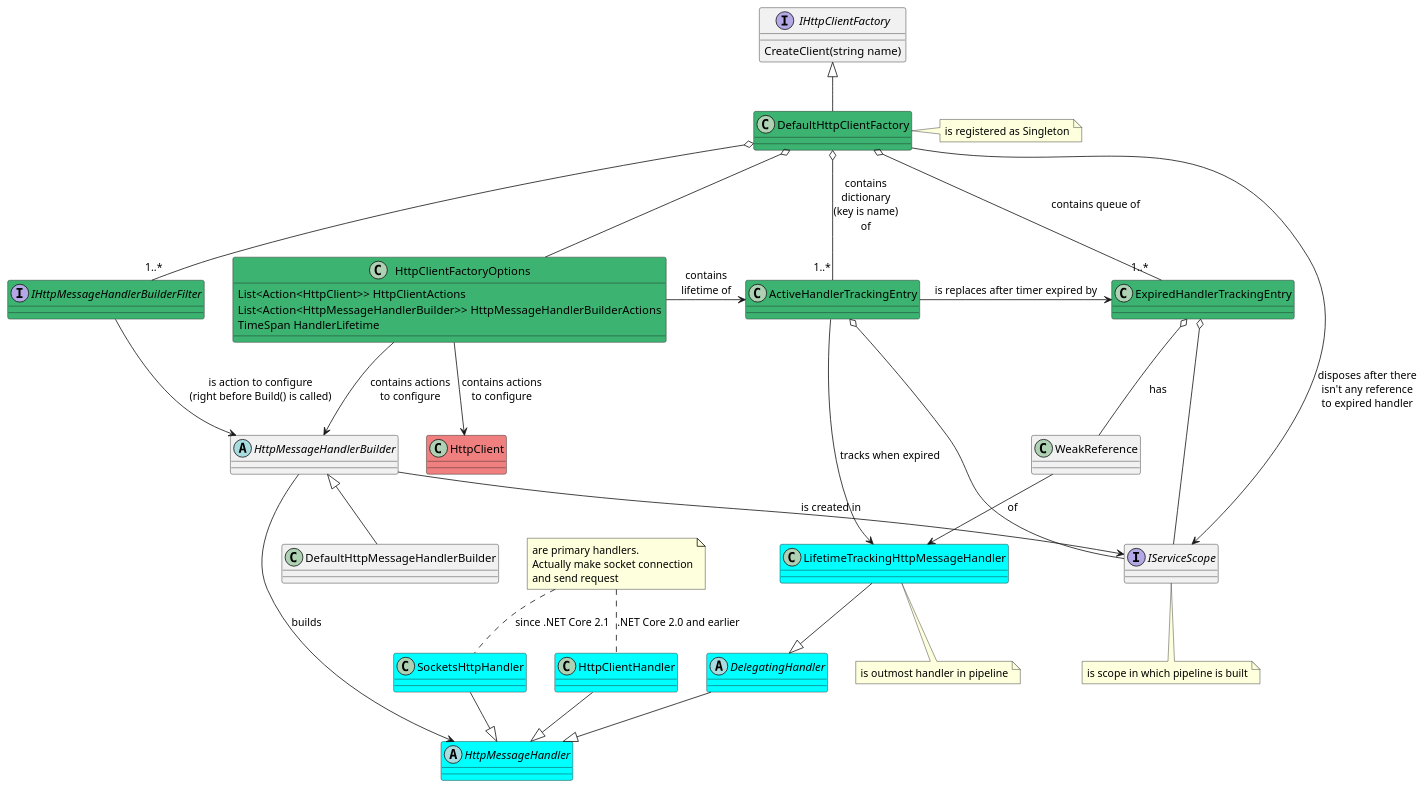
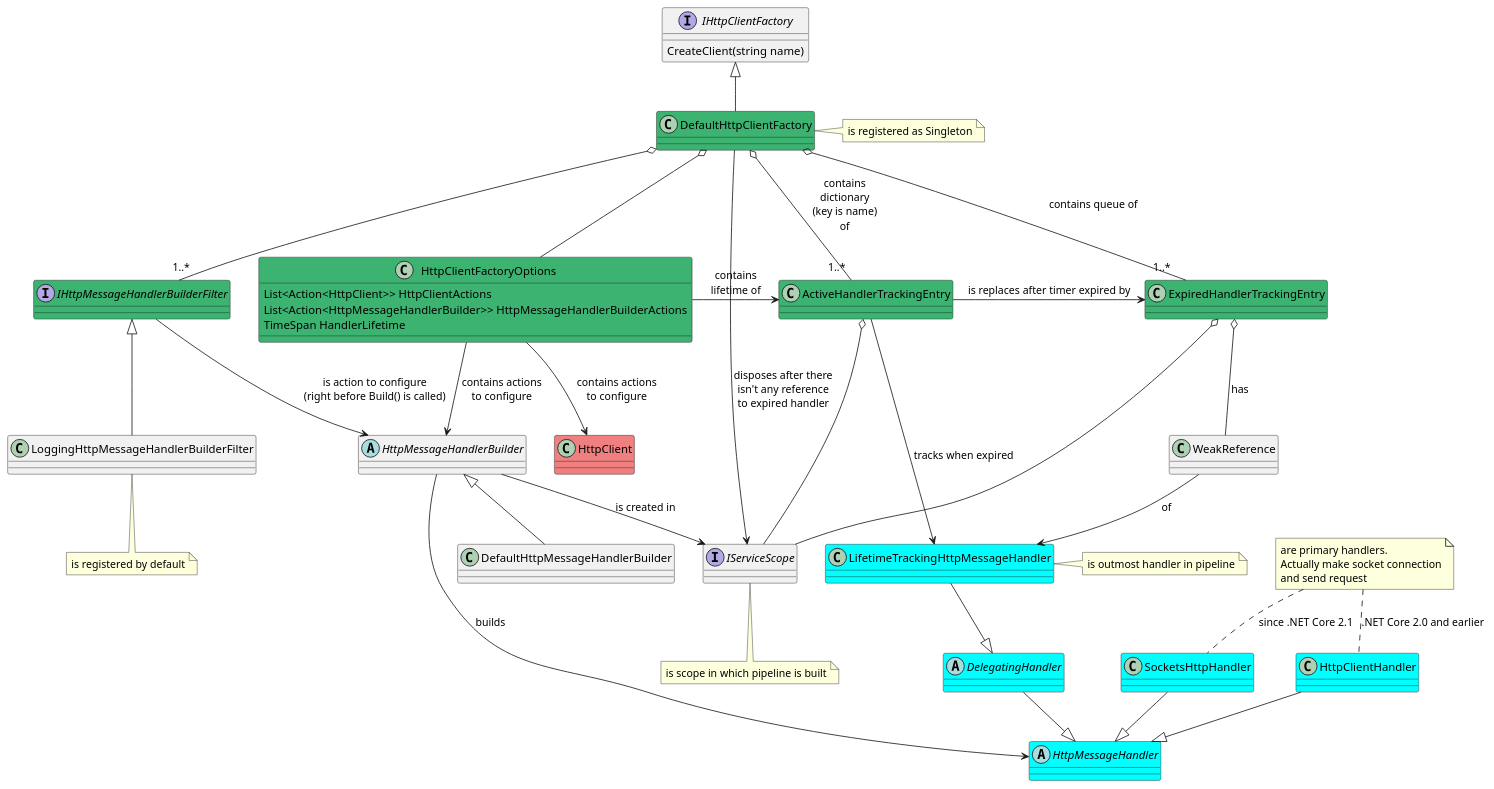
Before and after one commit to AndreiGanichev/Student-Notes: the diagram in HttpClient/HttpClient.puml, drawn with PlantUML.

Commit message:
HttpClient infrastructure. Add LoggingHttpMEssageHandlerBuilderFilter

```diff
--- a/HttpClient/HttpClient.puml
+++ b/HttpClient/HttpClient.puml
@@ -1,69 +1,73 @@
 @startuml
 
 class HttpClient #F08080
 interface IHttpClientFactory {
   CreateClient(string name)
 }
 class DefaultHttpClientFactory #3CB371
 
 abstract HttpMessageHandler #00FFFF
 abstract DelegatingHandler #00FFFF
 class HttpClientHandler #00FFFF
 class SocketsHttpHandler #00FFFF
 class LifetimeTrackingHttpMessageHandler #00FFFF
 
 
 abstract HttpMessageHandlerBuilder
 class DefaultHttpMessageHandlerBuilder
 interface IHttpMessageHandlerBuilderFilter #3CB371
+class LoggingHttpMessageHandlerBuilderFilter
 
 class ActiveHandlerTrackingEntry #3CB371
 class ExpiredHandlerTrackingEntry #3CB371
 class WeakReference
 
 class HttpClientFactoryOptions #3CB371{
   List<Action<HttpClient>> HttpClientActions
   List<Action<HttpMessageHandlerBuilder>> HttpMessageHandlerBuilderActions
   TimeSpan HandlerLifetime
 }
 
 interface IServiceScope
 note bottom of IServiceScope : is scope in which pipeline is built
 
 note right of DefaultHttpClientFactory : is registered as Singleton
 
-note bottom of LifetimeTrackingHttpMessageHandler : is outmost handler in pipeline
+note right of LifetimeTrackingHttpMessageHandler : is outmost handler in pipeline
 note "are primary handlers.\nActually make socket connection\nand send request" as N1
 HttpClientHandler .up. N1 : .NET Core 2.0 and earlier
 N1 .. SocketsHttpHandler : since .NET Core 2.1
+
+note bottom of LoggingHttpMessageHandlerBuilderFilter : is registered by default
 
 DefaultHttpClientFactory -up-|> IHttpClientFactory
 DefaultHttpClientFactory o-- HttpClientFactoryOptions
 DefaultHttpClientFactory o-- "1..*" IHttpMessageHandlerBuilderFilter
 DefaultHttpClientFactory o-- "1..*" ActiveHandlerTrackingEntry : contains\ndictionary\n(key is name)\nof
 DefaultHttpClientFactory o-- "1..*" ExpiredHandlerTrackingEntry : contains queue of
 DefaultHttpClientFactory --> IServiceScope : disposes after there\nisn't any reference\nto expired handler
+LoggingHttpMessageHandlerBuilderFilter -up-|> IHttpMessageHandlerBuilderFilter
 
 ActiveHandlerTrackingEntry --> LifetimeTrackingHttpMessageHandler : tracks when expired
 ActiveHandlerTrackingEntry o-- IServiceScope
 ActiveHandlerTrackingEntry -right-> ExpiredHandlerTrackingEntry : is replaces after timer expired by
 ExpiredHandlerTrackingEntry o-- IServiceScope
 ExpiredHandlerTrackingEntry o-- WeakReference : has
 WeakReference --> LifetimeTrackingHttpMessageHandler : of
 HttpMessageHandlerBuilder --> IServiceScope : is created in
 
 DelegatingHandler --|> HttpMessageHandler
 HttpClientHandler --|> HttpMessageHandler
 SocketsHttpHandler --|> HttpMessageHandler
 LifetimeTrackingHttpMessageHandler --|> DelegatingHandler
 
 
 HttpClientFactoryOptions --> HttpClient : contains actions\nto configure
 HttpClientFactoryOptions --> HttpMessageHandlerBuilder : contains actions\nto configure
 HttpClientFactoryOptions -right-> ActiveHandlerTrackingEntry : contains\nlifetime of
 
 DefaultHttpMessageHandlerBuilder -up-|> HttpMessageHandlerBuilder
 HttpMessageHandlerBuilder --> HttpMessageHandler : builds
 IHttpMessageHandlerBuilderFilter --> HttpMessageHandlerBuilder : is action to configure\n(right before Build() is called)
 
 @enduml
```
